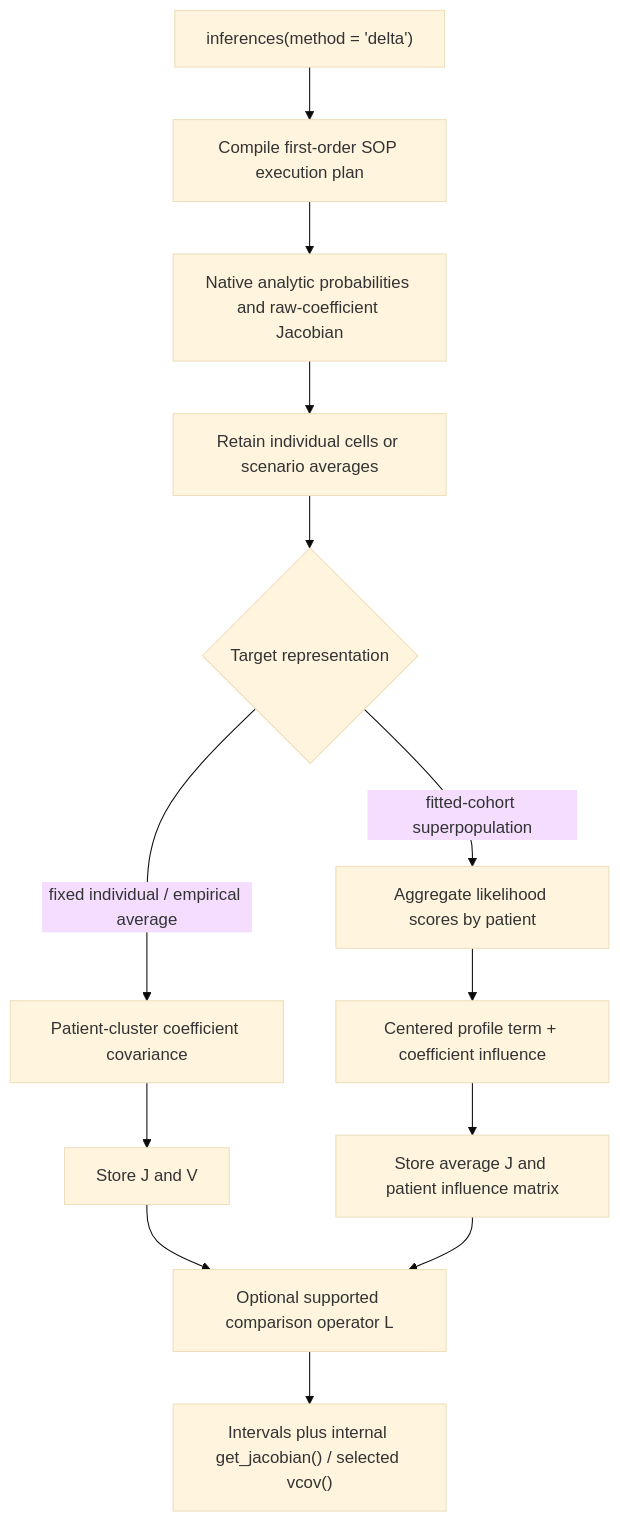
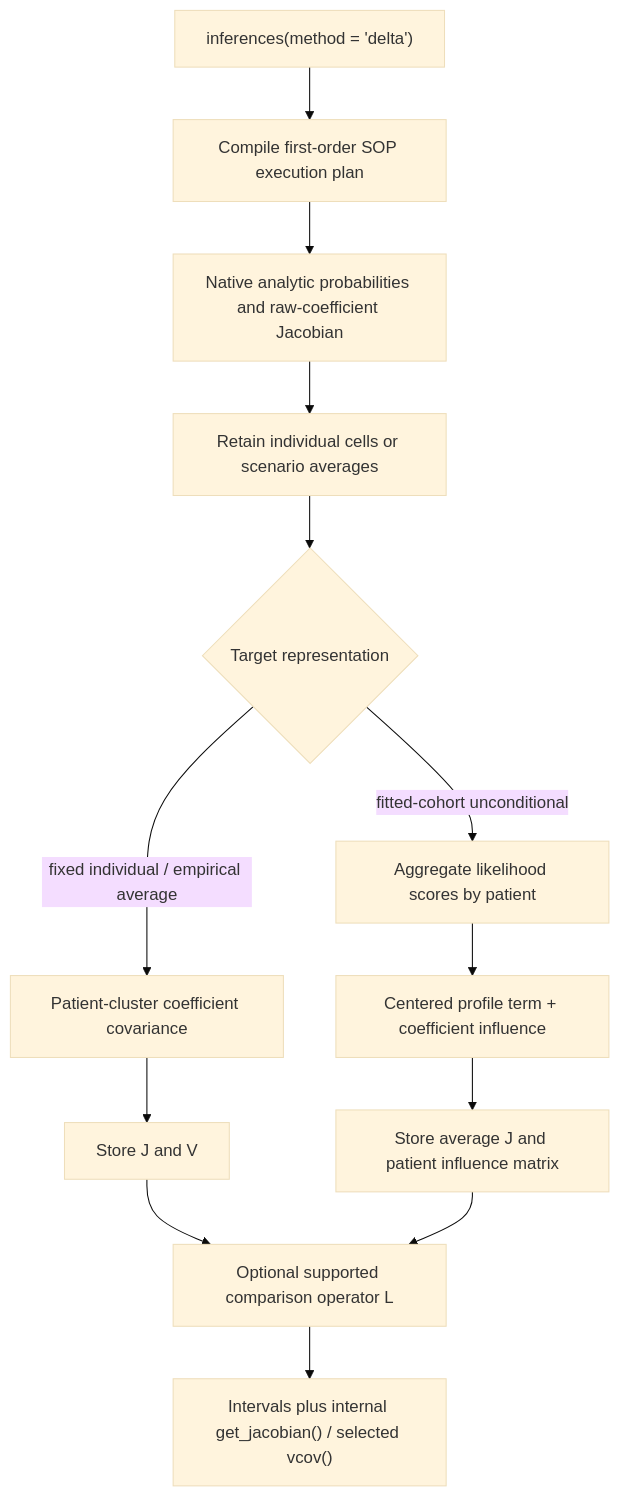
One commit to scjohannes/markov.misc changed the fifth of 7 diagrams in ARCHITECTURE.md. Above: the diagram before and after it, drawn with Mermaid (base theme). The commit also changed other lines of this file and 15 other files, not shown here.

````diff
--- a/ARCHITECTURE.md
+++ b/ARCHITECTURE.md
@@ -505,15 +507,15 @@
 ```mermaid
 flowchart TD
   ENTRY["inferences(method = 'delta')"] --> PLAN["Compile first-order SOP execution plan"]
   PLAN --> CORE["Native analytic probabilities and raw-coefficient Jacobian"]
   CORE --> REDUCE["Retain individual cells or scenario averages"]
   REDUCE --> EMP{"Target representation"}
   EMP -- "fixed individual / empirical average" --> COV["Patient-cluster coefficient covariance"]
   COV --> COEF["Store J and V"]
-  EMP -- "fitted-cohort superpopulation" --> SCORE["Aggregate likelihood scores by patient"]
+  EMP -- "fitted-cohort unconditional" --> SCORE["Aggregate likelihood scores by patient"]
   SCORE --> IF["Centered profile term + coefficient influence"]
   IF --> INFL["Store average J and patient influence matrix"]
   COEF --> OP["Optional supported comparison operator L"]
   INFL --> OP
   OP --> RESULT["Intervals plus internal get_jacobian() / selected vcov()"]
 ```
````
